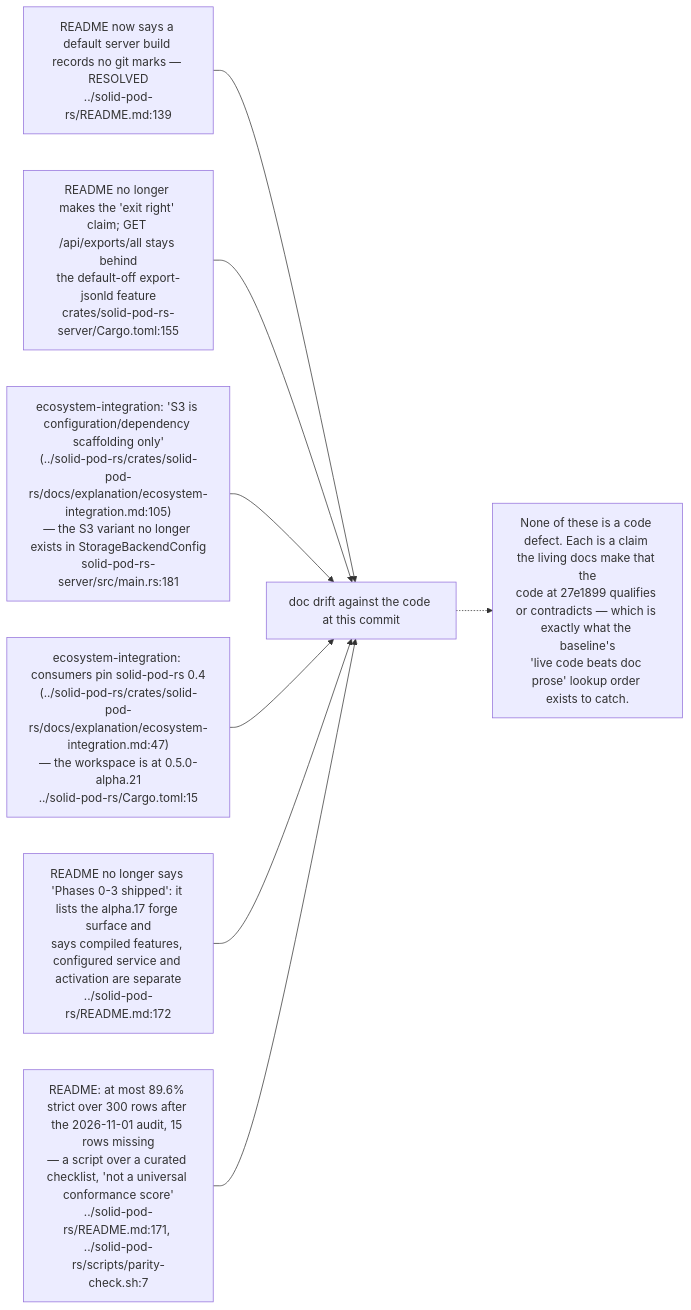
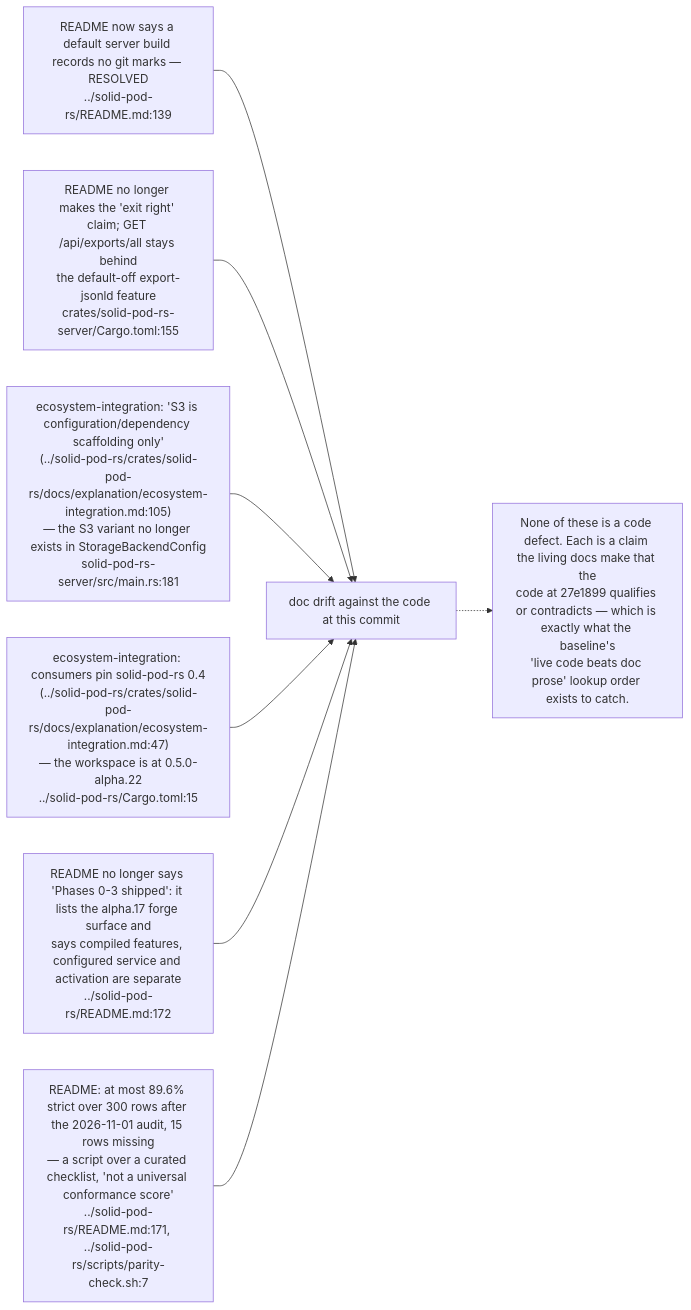
One commit to DreamLab-AI/VisionFlow changed the seventh of 12 diagrams in docs/diagrams/solid-pod-rs/10-failure-modes-and-invariants.md. Above: the diagram before and after it, drawn with Mermaid. The commit also changed other lines of this file and 48 other files, not shown here.

Commit message:
docs: reconcile estate repairs and first diagram refresh batch

````diff
--- a/docs/diagrams/solid-pod-rs/10-failure-modes-and-invariants.md
+++ b/docs/diagrams/solid-pod-rs/10-failure-modes-and-invariants.md
@@ -223,19 +223,19 @@
 ```mermaid
 flowchart LR
     R1["README now says a default server build records no git marks — RESOLVED<br/>../solid-pod-rs/README.md:139"]
     R2["README no longer makes the 'exit right' claim; GET /api/exports/all stays behind<br/>the default-off export-jsonld feature<br/>crates/solid-pod-rs-server/Cargo.toml:155"]
     R3["ecosystem-integration: 'S3 is configuration/dependency scaffolding only'<br/>(../solid-pod-rs/crates/solid-pod-rs/docs/explanation/ecosystem-integration.md:105)<br/>— the S3 variant no longer exists in StorageBackendConfig<br/>solid-pod-rs-server/src/main.rs:181"]
-    R4["ecosystem-integration: consumers pin solid-pod-rs 0.4<br/>(../solid-pod-rs/crates/solid-pod-rs/docs/explanation/ecosystem-integration.md:47)<br/>— the workspace is at 0.5.0-alpha.21<br/>../solid-pod-rs/Cargo.toml:15"]
+    R4["ecosystem-integration: consumers pin solid-pod-rs 0.4<br/>(../solid-pod-rs/crates/solid-pod-rs/docs/explanation/ecosystem-integration.md:47)<br/>— the workspace is at 0.5.0-alpha.22<br/>../solid-pod-rs/Cargo.toml:15"]
     R5["README no longer says 'Phases 0-3 shipped': it lists the alpha.17 forge surface and<br/>says compiled features, configured service and activation are separate<br/>../solid-pod-rs/README.md:172"]
     R6["README: at most 89.6% strict over 300 rows after the 2026-11-01 audit, 15 rows missing<br/>— a script over a curated checklist, 'not a universal conformance score'<br/>../solid-pod-rs/README.md:171, ../solid-pod-rs/scripts/parity-check.sh:7"]
 
     R1 --> REG["doc drift against the code at this commit"]
     R2 --> REG
     R3 --> REG
     R4 --> REG
     R5 --> REG
     R6 --> REG
 
     N["None of these is a code defect. Each is a claim the living docs make that the<br/>code at 27e1899 qualifies or contradicts — which is exactly what the baseline's<br/>'live code beats doc prose' lookup order exists to catch."]
     REG -.-> N
 ```
````
